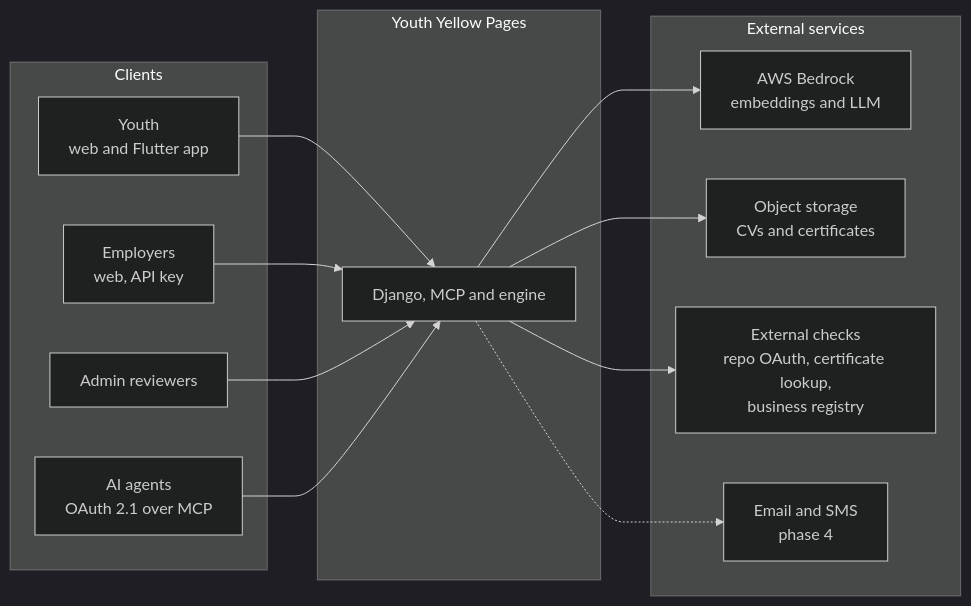
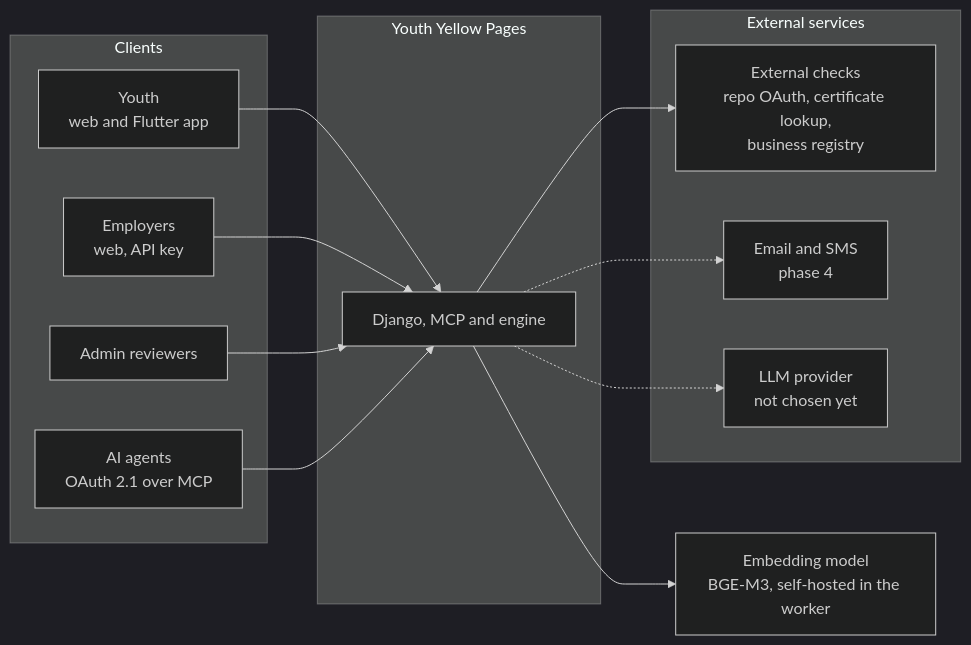
The first of 12 diagrams in docs/ARCHITECTURE.md (Si-Tumetry/try), drawn with Mermaid (dark theme) before and after one commit. The commit also changed other lines of this file and 44 other files, not shown here.

````diff
--- a/docs/ARCHITECTURE.md
+++ b/docs/ARCHITECTURE.md
@@ -25,29 +25,30 @@
 ```mermaid
 flowchart LR
     subgraph Clients
         Y["Youth<br/>web and Flutter app"]
         E["Employers<br/>web, API key"]
         A["Admin reviewers"]
         AI["AI agents<br/>OAuth 2.1 over MCP"]
     end
 
     subgraph Core["Youth Yellow Pages"]
         APP["Django, MCP and engine"]
     end
 
     subgraph External["External services"]
-        BR["AWS Bedrock<br/>embeddings and LLM"]
-        OS["Object storage<br/>CVs and certificates"]
         CHK["External checks<br/>repo OAuth, certificate lookup,<br/>business registry"]
         NOT["Email and SMS<br/>phase 4"]
+        LLM["LLM provider<br/>not chosen yet"]
     end
+
+    EMB["Embedding model<br/>BGE-M3, self-hosted in the worker"]
 
     Y --> APP
     E --> APP
     A --> APP
     AI --> APP
-    APP --> BR
-    APP --> OS
+    APP --> EMB
     APP --> CHK
     APP -.-> NOT
+    APP -.-> LLM
 ```
````
